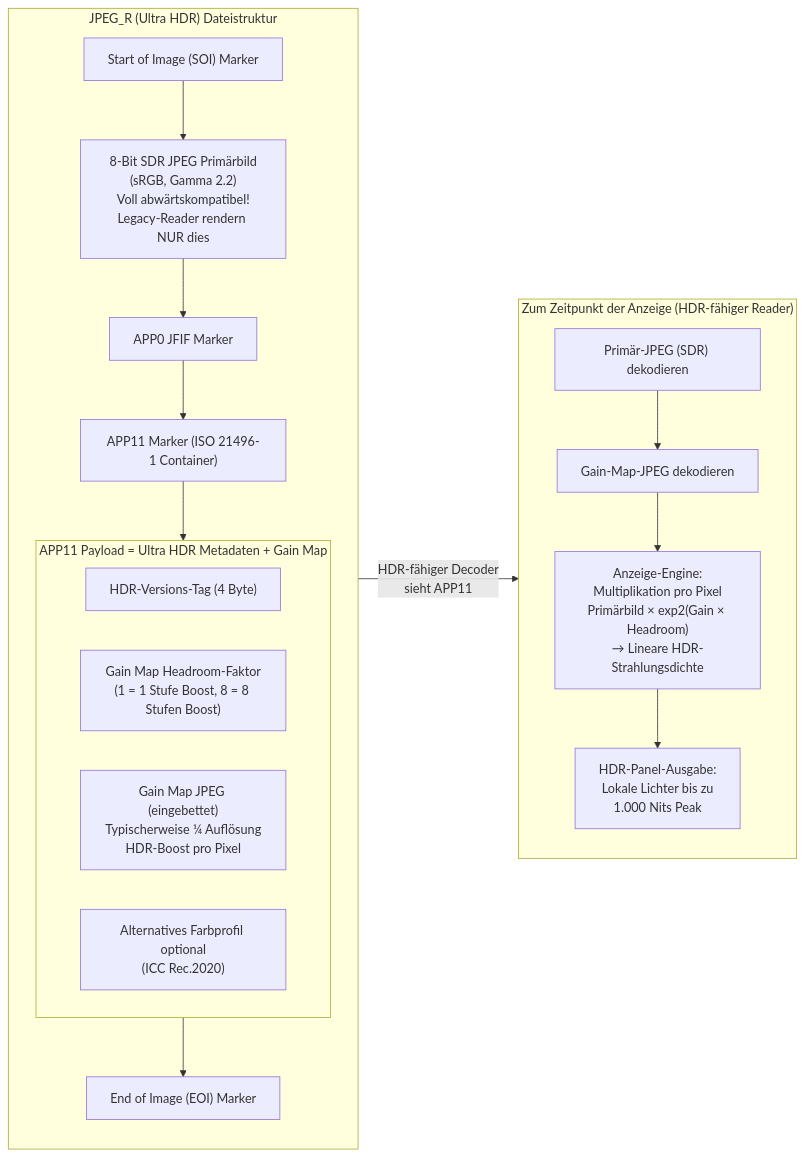
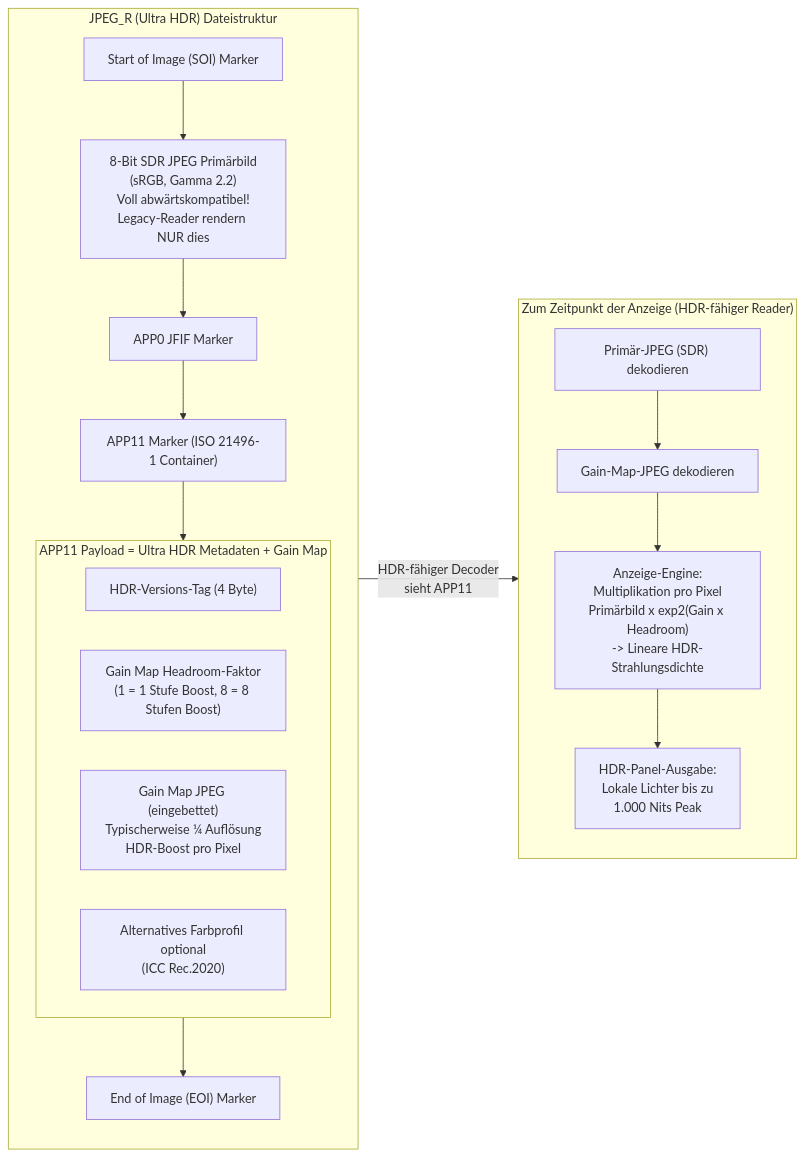
The second of 2 diagrams in website/i18n/de/docusaurus-plugin-content-docs/current/camera2/hdr-and-ultra-hdr.md (zoozooll/AndroidCameraParameters), drawn with Mermaid before and after one commit. The commit also changed other lines of this file and 77 other files, not shown here.

First line of the commit message:
docs: standardize Mermaid syntax and polish 3A pipeline translations

````diff
--- a/website/i18n/de/docusaurus-plugin-content-docs/current/camera2/hdr-and-ultra-hdr.md
+++ b/website/i18n/de/docusaurus-plugin-content-docs/current/camera2/hdr-and-ultra-hdr.md
@@ -198,25 +198,25 @@
 ```mermaid
 flowchart LR
     subgraph FILE["JPEG_R (Ultra HDR) Dateistruktur"]
         direction TB
         SOI["Start of Image (SOI) Marker"] --> PRIMARY["8-Bit SDR JPEG Primärbild<br/>(sRGB, Gamma 2.2)<br/>Voll abwärtskompatibel!<br/>Legacy-Reader rendern NUR dies"]
         PRIMARY --> APP0["APP0 JFIF Marker"]
         APP0 --> APP11["APP11 Marker (ISO 21496-1 Container)"]
         subgraph GAINMAP["APP11 Payload = Ultra HDR Metadaten + Gain Map"]
             GM1["HDR-Versions-Tag (4 Byte)"]
             GM2["Gain Map Headroom-Faktor<br/>(1 = 1 Stufe Boost, 8 = 8 Stufen Boost)"]
             GM3["Gain Map JPEG (eingebettet)<br/>Typischerweise ¼ Auflösung<br/>HDR-Boost pro Pixel"]
             GM4["Alternatives Farbprofil optional<br/>(ICC Rec.2020)"]
         end
         APP11 --> GAINMAP
         GAINMAP --> EOI["End of Image (EOI) Marker"]
     end
 
     subgraph RENDER["Zum Zeitpunkt der Anzeige (HDR-fähiger Reader)"]
         R1["Primär-JPEG (SDR) dekodieren"] --> R2["Gain-Map-JPEG dekodieren"]
-        R2 --> R3["Anzeige-Engine:<br/>Multiplikation pro Pixel<br/>Primärbild × exp2(Gain × Headroom)<br/>→ Lineare HDR-Strahlungsdichte"]
+        R2 --> R3["Anzeige-Engine:<br/>Multiplikation pro Pixel<br/>Primärbild x exp2(Gain x Headroom)<br/>-> Lineare HDR-Strahlungsdichte"]
         R3 --> R4["HDR-Panel-Ausgabe:<br/>Lokale Lichter bis zu<br/>1.000 Nits Peak"]
     end
 
     FILE -->|"HDR-fähiger Decoder<br/>sieht APP11"| RENDER
 ```
````
